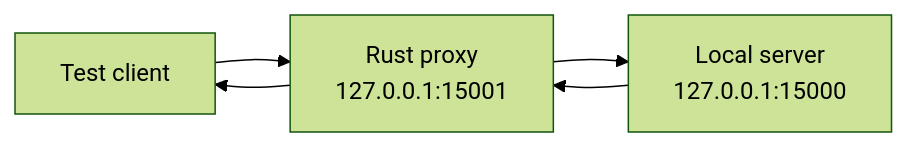
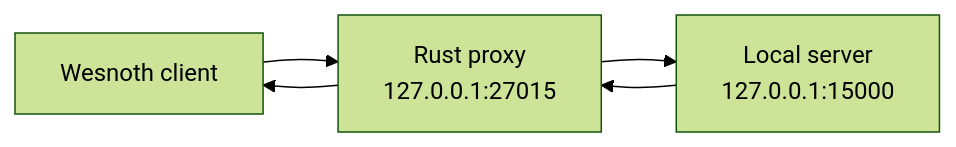
Before and after one commit to MustCodeAl/rust-game-hacking-book: the diagram in _pages/6/05.md, drawn with Mermaid (forest theme). The commit also changed other lines of this file and 127 other files, not shown here.

````diff
--- a/_pages/6/05.md
+++ b/_pages/6/05.md
@@ -17,7 +17,7 @@
 ```mermaid
 flowchart LR
-    C["Test client"] --> P["Rust proxy<br/>127.0.0.1:15001"]
+    C["Wesnoth client"] --> P["Rust proxy<br/>127.0.0.1:27015"]
     P --> S["Local server<br/>127.0.0.1:15000"]
     S --> P
     P --> C
 ```
````
